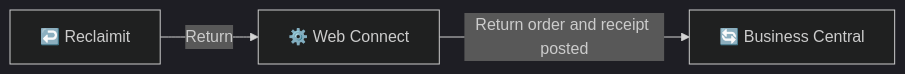
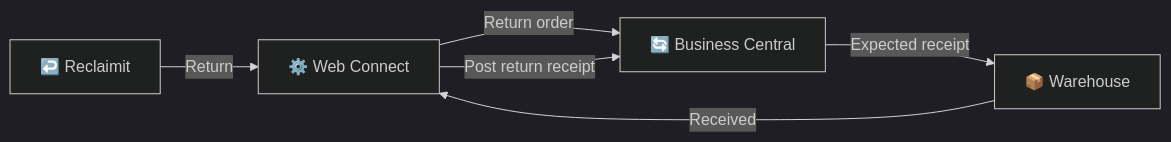
Before and after one commit to Combine-IT-ab/docs-general: the sixth of 8 diagrams in docs/products/web-connect/integrations/reclaimit/overview.md, drawn with Mermaid (dark theme). The commit also changed other lines of this file and 2 other files, not shown here.

````diff
--- a/docs/products/web-connect/integrations/reclaimit/overview.md
+++ b/docs/products/web-connect/integrations/reclaimit/overview.md
@@ -146,5 +149,8 @@
 ```mermaid
 flowchart LR
     RE["↩️ Reclaimit"] -->|Return| WC["⚙️ Web Connect"]
-    WC -->|Return order and receipt posted| BC["🔄 Business Central"]
+    WC -->|Return order| BC["🔄 Business Central"]
+    BC -->|Expected receipt| W["📦 Warehouse"]
+    W -->|Received| WC
+    WC -->|Post return receipt| BC
 ```
````
